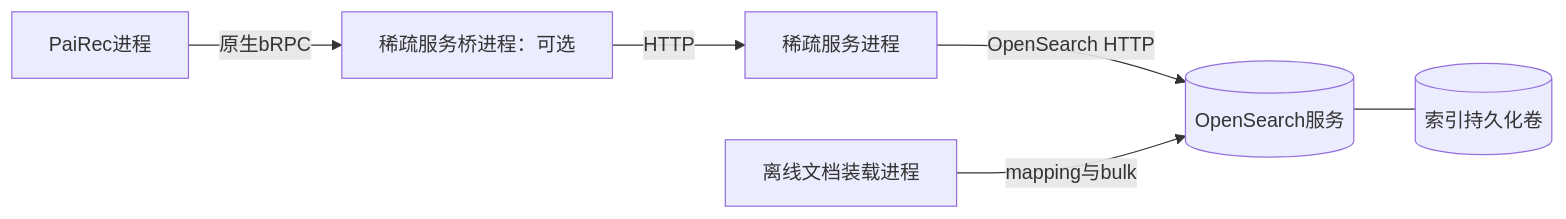
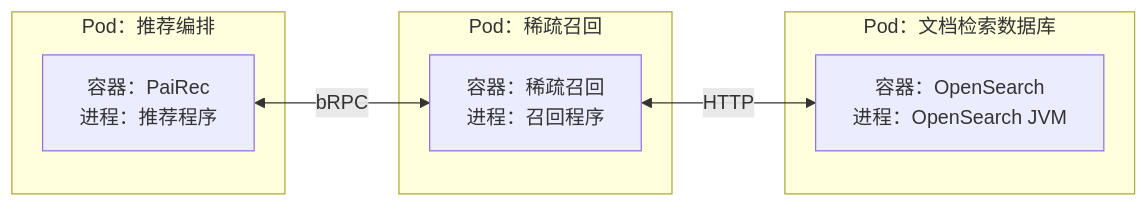
Before and after one commit to bitianyuan123/docs: the diagram in diagrams/07_other_services_09.mmd, drawn with Mermaid. The commit also changed 141 other files, not shown here.

Commit message:
docs: audit module views and analyze PaiRec OneTrans Redis workloads

```diff
--- a/diagrams/07_other_services_09.mmd
+++ b/diagrams/07_other_services_09.mmd
@@ -1,6 +1,12 @@
 flowchart LR
-    P[PaiRec进程] -->|原生bRPC| B[稀疏服务桥进程：可选]
-    B -->|HTTP| S[稀疏服务进程]
-    S -->|OpenSearch HTTP| O[(OpenSearch服务)]
-    L[离线文档装载进程] -->|mapping与bulk| O
-    O --- D[(索引持久化卷)]
+    subgraph PP[Pod：推荐编排]
+        P[容器：PaiRec<br/>进程：推荐程序]
+    end
+    subgraph SP[Pod：稀疏召回]
+        S[容器：稀疏召回<br/>进程：召回程序]
+    end
+    subgraph OP[Pod：文档检索数据库]
+        O[容器：OpenSearch<br/>进程：OpenSearch JVM]
+    end
+    P <-->|bRPC| S
+    S <-->|HTTP| O
```
